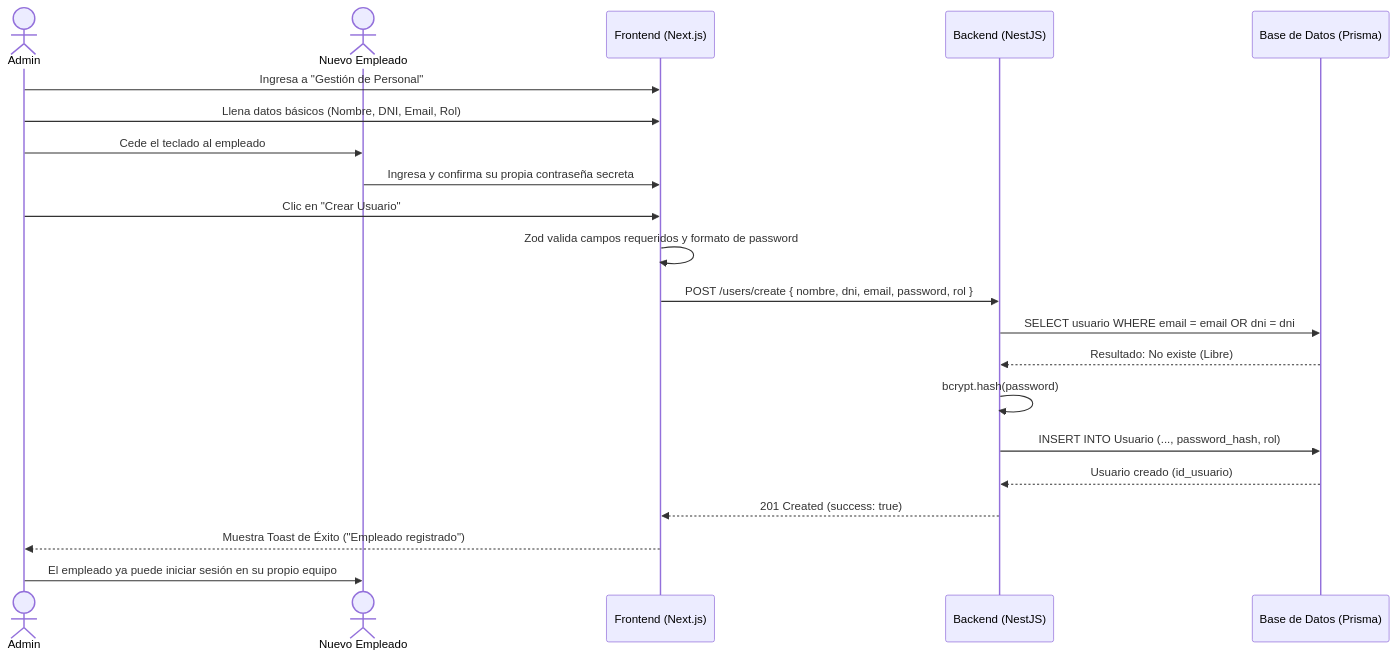
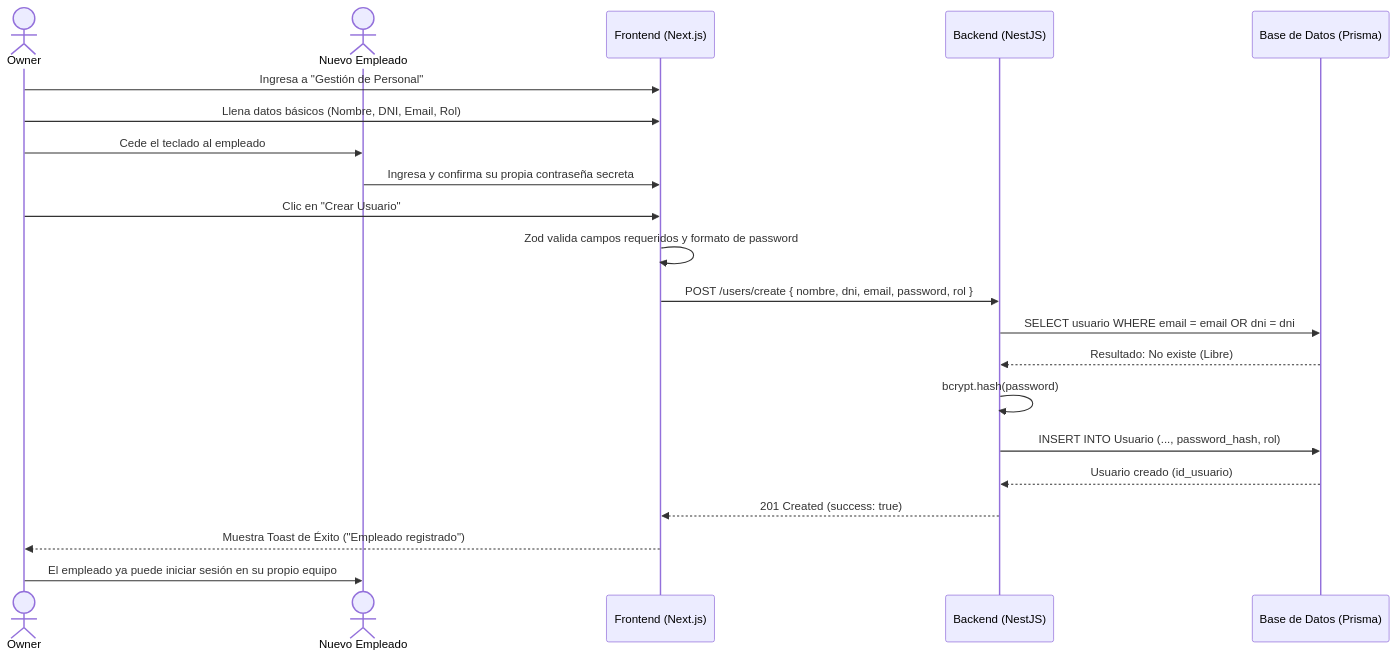
The first of 4 diagrams in docs/DIAGRAMAS_2.md (esteban-abanto-2709/UTP-CursoIntegrador-HotelManagement), drawn with Mermaid before and after one commit. The commit also changed other lines of this file and 11 other files, not shown here.

Commit message:
refactor(roles): update user roles from ADMIN to OWNER in documentation, API requests, and frontend components for consistency across the application

````diff
--- a/docs/DIAGRAMAS_2.md
+++ b/docs/DIAGRAMAS_2.md
@@ -12,30 +12,30 @@
 ```mermaid
 sequenceDiagram
-    actor A as Admin
+    actor A as Owner
     actor NE as Nuevo Empleado
     participant FE as Frontend (Next.js)
     participant API as Backend (NestJS)
     participant DB as Base de Datos (Prisma)
 
     A->>FE: Ingresa a "Gestión de Personal"
     A->>FE: Llena datos básicos (Nombre, DNI, Email, Rol)
     
     A->>NE: Cede el teclado al empleado
     NE->>FE: Ingresa y confirma su propia contraseña secreta
     A->>FE: Clic en "Crear Usuario"
     
     FE->>FE: Zod valida campos requeridos y formato de password
     FE->>API: POST /users/create { nombre, dni, email, password, rol }
     
     API->>DB: SELECT usuario WHERE email = email OR dni = dni
     DB-->>API: Resultado: No existe (Libre)
     
     API->>API: bcrypt.hash(password)
     
     API->>DB: INSERT INTO Usuario (..., password_hash, rol)
     DB-->>API: Usuario creado (id_usuario)
     
     API-->>FE: 201 Created (success: true)
     FE-->>A: Muestra Toast de Éxito ("Empleado registrado")
     A->>NE: El empleado ya puede iniciar sesión en su propio equipo
 ```
````
